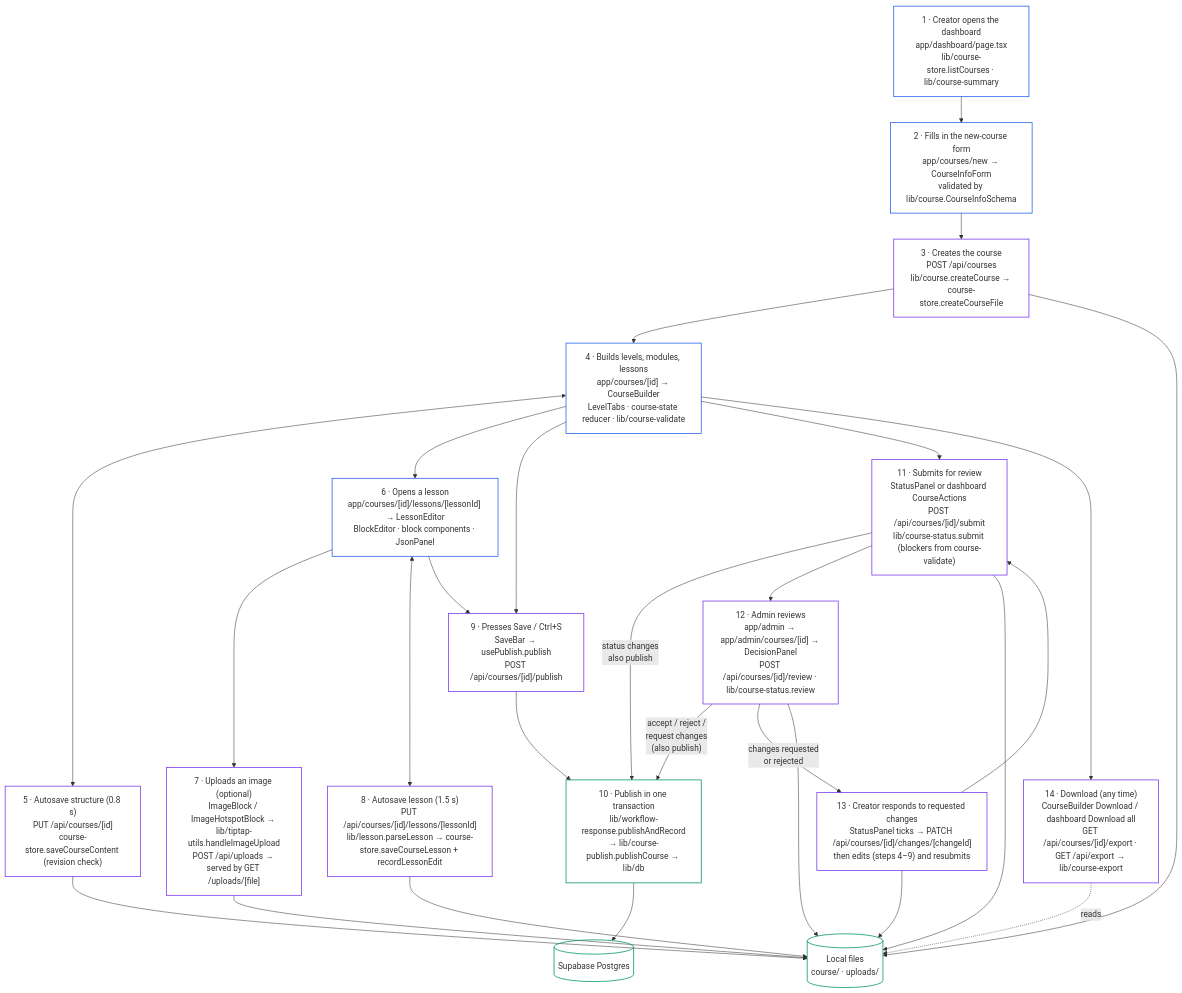
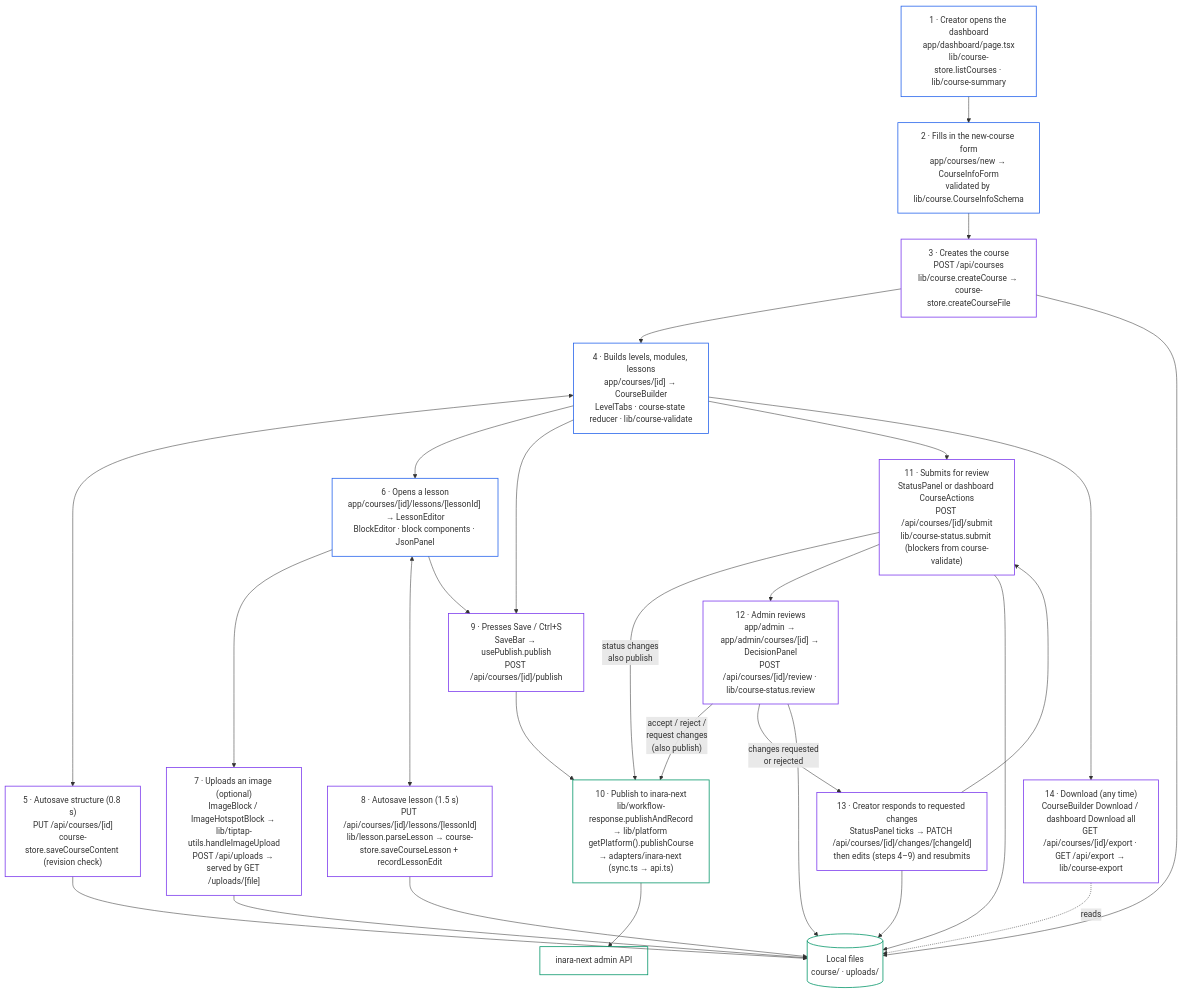
Before and after one commit to HafsaJavedPak/inarax-course-editor: the second of 7 diagrams in docs/ARCHITECTURE.md, drawn with Mermaid. The commit also changed other lines of this file and 99 other files, not shown here.

````diff
--- a/docs/ARCHITECTURE.md
+++ b/docs/ARCHITECTURE.md
@@ -56,50 +61,50 @@
 ```mermaid
 flowchart TD
     classDef ui fill:none,stroke:#2563eb,stroke-width:1.5px
     classDef api fill:none,stroke:#7c3aed,stroke-width:1.5px
     classDef store fill:none,stroke:#059669,stroke-width:1.5px
 
     S1["1 · Creator opens the dashboard<br/>app/dashboard/page.tsx<br/>lib/course-store.listCourses · lib/course-summary"]:::ui
     S2["2 · Fills in the new-course form<br/>app/courses/new → CourseInfoForm<br/>validated by lib/course.CourseInfoSchema"]:::ui
     S3["3 · Creates the course<br/>POST /api/courses<br/>lib/course.createCourse → course-store.createCourseFile"]:::api
     S4["4 · Builds levels, modules, lessons<br/>app/courses/[id] → CourseBuilder<br/>LevelTabs · course-state reducer · lib/course-validate"]:::ui
     S5["5 · Autosave structure (0.8 s)<br/>PUT /api/courses/[id]<br/>course-store.saveCourseContent (revision check)"]:::api
     S6["6 · Opens a lesson<br/>app/courses/[id]/lessons/[lessonId] → LessonEditor<br/>BlockEditor · block components · JsonPanel"]:::ui
     S7["7 · Uploads an image (optional)<br/>ImageBlock / ImageHotspotBlock → lib/tiptap-utils.handleImageUpload<br/>POST /api/uploads → served by GET /uploads/[file]"]:::api
     S8["8 · Autosave lesson (1.5 s)<br/>PUT /api/courses/[id]/lessons/[lessonId]<br/>lib/lesson.parseLesson → course-store.saveCourseLesson + recordLessonEdit"]:::api
     S9["9 · Presses Save / Ctrl+S<br/>SaveBar → usePublish.publish<br/>POST /api/courses/[id]/publish"]:::api
-    S10["10 · Publish in one transaction<br/>lib/workflow-response.publishAndRecord<br/>→ lib/course-publish.publishCourse → lib/db"]:::store
+    S10["10 · Publish to inara-next<br/>lib/workflow-response.publishAndRecord<br/>→ lib/platform getPlatform().publishCourse<br/>→ adapters/inara-next (sync.ts → api.ts)"]:::store
     S11["11 · Submits for review<br/>StatusPanel or dashboard CourseActions<br/>POST /api/courses/[id]/submit<br/>lib/course-status.submit (blockers from course-validate)"]:::api
     S12["12 · Admin reviews<br/>app/admin → app/admin/courses/[id] → DecisionPanel<br/>POST /api/courses/[id]/review · lib/course-status.review"]:::api
     S13["13 · Creator responds to requested changes<br/>StatusPanel ticks → PATCH /api/courses/[id]/changes/[changeId]<br/>then edits (steps 4–9) and resubmits"]:::api
     S14["14 · Download (any time)<br/>CourseBuilder Download / dashboard Download all<br/>GET /api/courses/[id]/export · GET /api/export → lib/course-export"]:::api
 
     FS[("Local files<br/>course/ · uploads/")]:::store
-    DB[("Supabase Postgres")]:::store
+    DB["inara-next admin API"]:::store
 
     S1 --> S2 --> S3 --> S4
     S4 <--> S5
     S4 --> S6
     S6 --> S7
     S6 <--> S8
     S6 --> S9
     S4 --> S9
     S9 --> S10
     S4 --> S11
     S11 -- "status changes<br/>also publish" --> S10
     S11 --> S12
     S12 -- "accept / reject /<br/>request changes<br/>(also publish)" --> S10
     S12 -- "changes requested<br/>or rejected" --> S13
     S13 --> S11
     S4 --> S14
 
     S3 --> FS
     S5 --> FS
     S7 --> FS
     S8 --> FS
     S11 --> FS
     S12 --> FS
     S13 --> FS
     S14 -. reads .-> FS
     S10 --> DB
 ```
````
